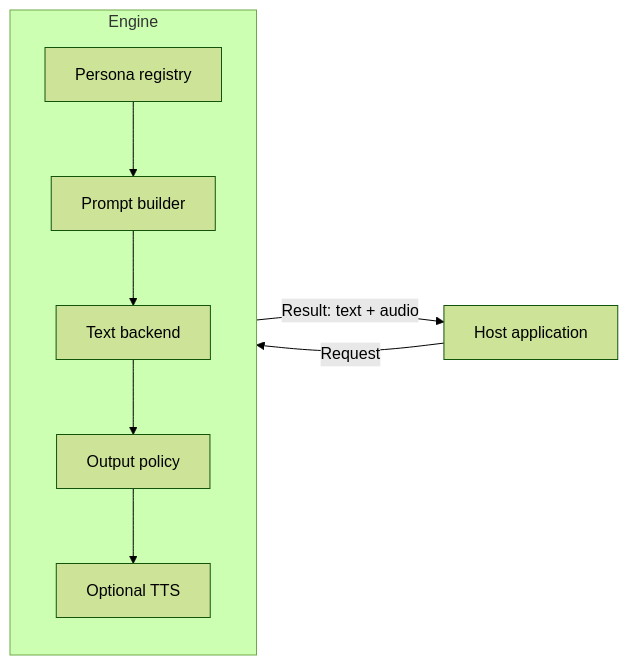
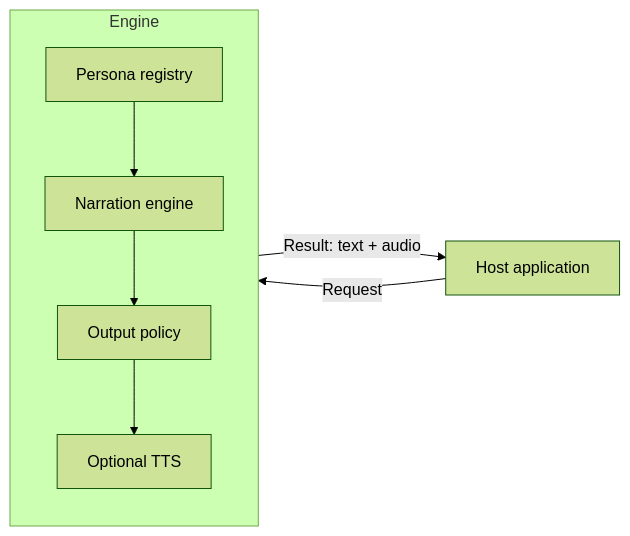
The diagram in README.md (danielriddell21/narrata), drawn with Mermaid (forest theme) before and after one commit. The commit also changed other lines of this file and 52 other files, not shown here.

````diff
--- a/README.md
+++ b/README.md
@@ -75,12 +81,11 @@
 ```mermaid
 flowchart LR
     H[Host application] -->|Request| E
     subgraph E["Engine"]
         direction TB
-        PR[Persona registry] --> PB[Prompt builder]
-        PB --> TB[Text backend]
-        TB --> OP[Output policy]
+        PR[Persona registry] --> GE[Narration engine]
+        GE --> OP[Output policy]
         OP --> TT[Optional TTS]
     end
     E -->|"Result: text + audio"| H
 ```
````
